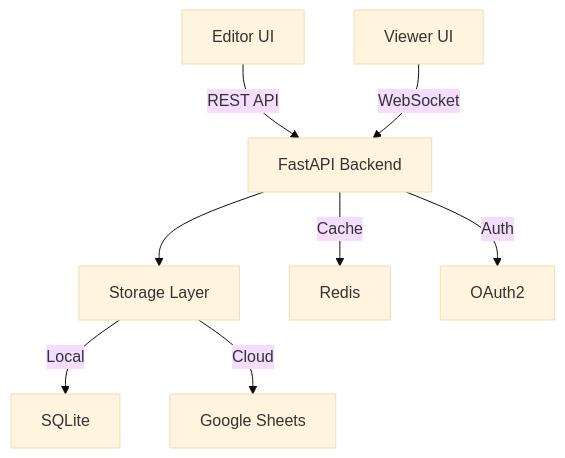
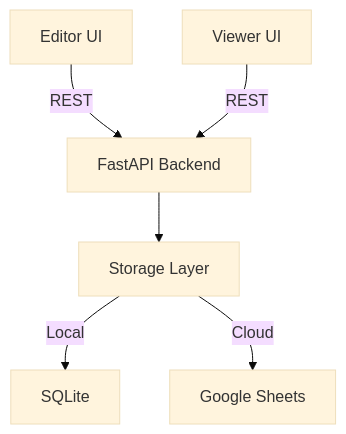
Before and after one commit to aniketsandhanwootz-wq/PDF-Markbook: the diagram in README.md, drawn with Mermaid (base theme). The commit also changed other lines of this file, not shown here.

````diff
--- a/README.md
+++ b/README.md
@@ -33,10 +21,8 @@
 ```mermaid
 graph TD
-    A[Editor UI] -->|REST API| C[FastAPI Backend]
-    B[Viewer UI] -->|WebSocket| C
+    A[Editor UI] -->|REST| C[FastAPI Backend]
+    B[Viewer UI] -->|REST| C
     C --> D[Storage Layer]
     D -->|Local| E[SQLite]
     D -->|Cloud| F[Google Sheets]
-    C -->|Cache| G[Redis]
-    C -->|Auth| H[OAuth2]
 ```
````
